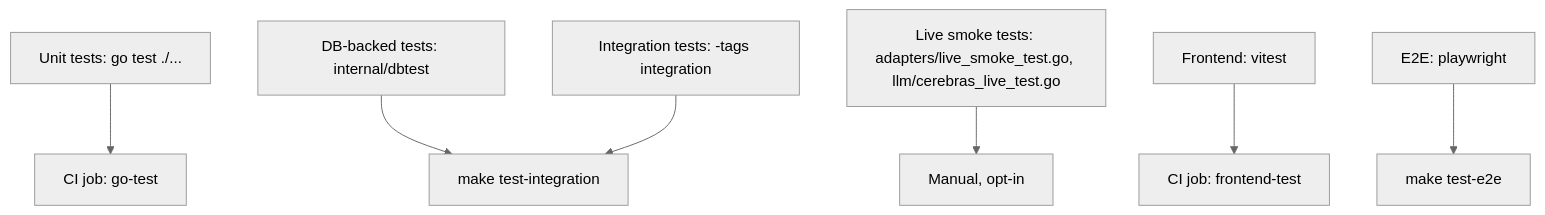
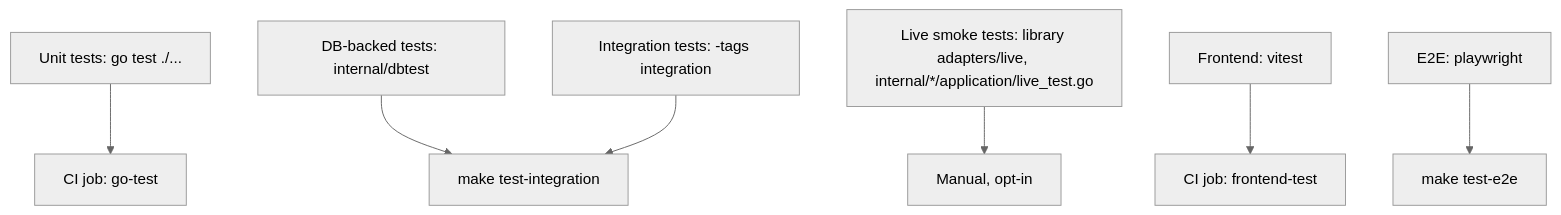
Before and after one commit to nonamecat19/job-finder: the first of 4 diagrams in docs/docs/principles/testing-philosophy.md, drawn with Mermaid (neutral theme). The commit also changed other lines of this file and 38 other files, not shown here.

````diff
--- a/docs/docs/principles/testing-philosophy.md
+++ b/docs/docs/principles/testing-philosophy.md
@@ -17,9 +17,9 @@
 ```mermaid
 flowchart TD
     U["Unit tests: go test ./..."] --> CI1["CI job: go-test"]
     D["DB-backed tests: internal/dbtest"] --> LOC["make test-integration"]
     I["Integration tests: -tags integration"] --> LOC
-    L["Live smoke tests: adapters/live_smoke_test.go, llm/cerebras_live_test.go"] --> MAN["Manual, opt-in"]
+    L["Live smoke tests: library adapters/live, internal/*/application/live_test.go"] --> MAN["Manual, opt-in"]
     F["Frontend: vitest"] --> CI2["CI job: frontend-test"]
     E["E2E: playwright"] --> LOC2["make test-e2e"]
 ```
````
